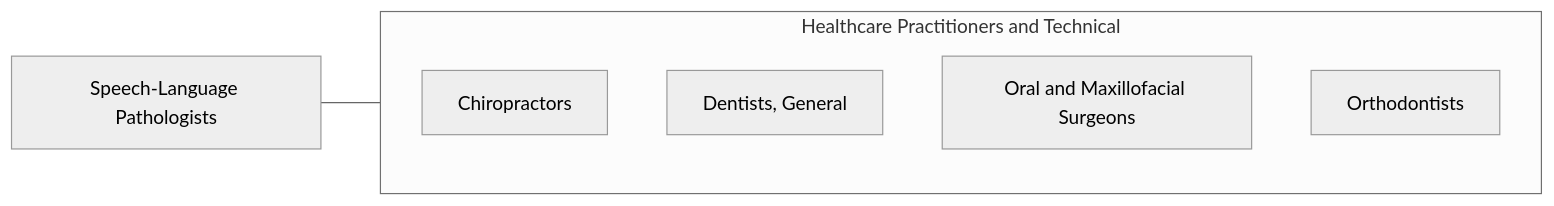
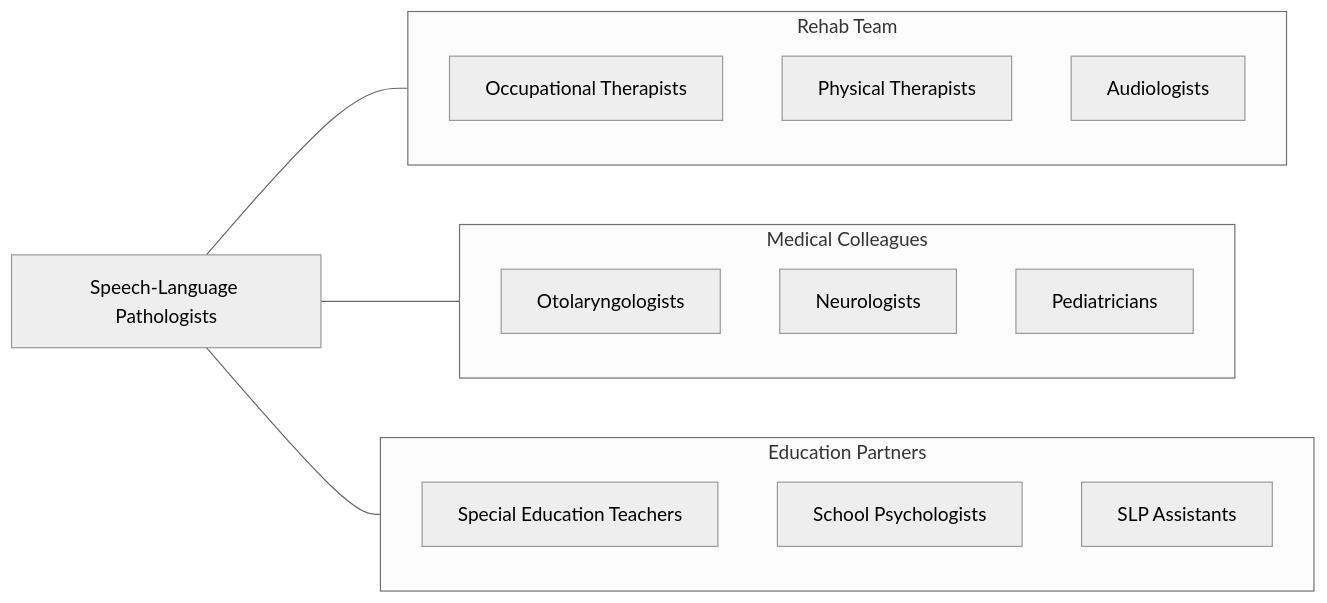
Before and after one commit to kziemski/business.org.ai: the fourth of 4 diagrams in occupations/HealthcarePractitioners/SpeechLanguagePathologists.mdx, drawn with Mermaid (neutral theme). The commit also changed other lines of this file and 938 other files, not shown here.

````diff
--- a/occupations/HealthcarePractitioners/SpeechLanguagePathologists.mdx
+++ b/occupations/HealthcarePractitioners/SpeechLanguagePathologists.mdx
@@ -120,13 +203,26 @@
 ```mermaid
 graph LR
     Current["Speech-Language Pathologists"]
 
-    subgraph SameCategory["Healthcare Practitioners and Technical"]
-        Chiropractors["Chiropractors"]
-        DentistsGeneral["Dentists, General"]
-        OralAndMaxillofacial["Oral and Maxillofacial Surgeons"]
-        Orthodontists["Orthodontists"]
+    subgraph RehabTeam["Rehab Team"]
+        OT["Occupational Therapists"]
+        PT["Physical Therapists"]
+        Audiologists["Audiologists"]
     end
 
-    Current --- SameCategory
+    subgraph Medical["Medical Colleagues"]
+        ENT["Otolaryngologists"]
+        Neurologists["Neurologists"]
+        Pediatricians["Pediatricians"]
+    end
+
+    subgraph Education["Education Partners"]
+        SpecEd["Special Education Teachers"]
+        SchoolPsych["School Psychologists"]
+        SLPA["SLP Assistants"]
+    end
+
+    Current --- RehabTeam
+    Current --- Medical
+    Current --- Education
 ```
````
